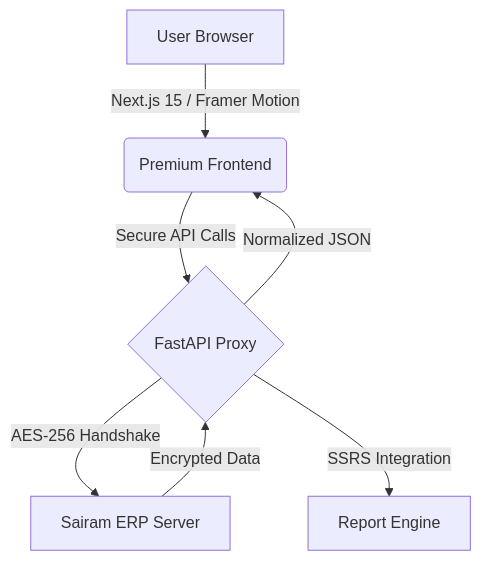
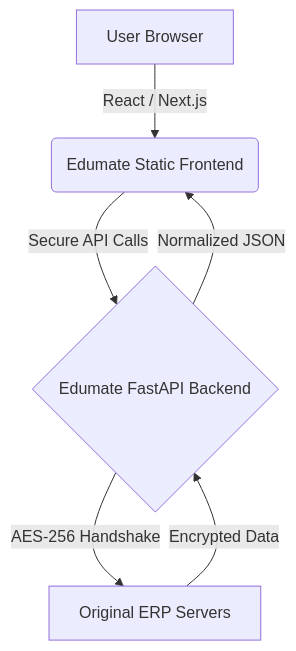
The diagram in README.md (AravindS2006/edumate), drawn with Mermaid before and after one commit. The commit also changed other lines of this file and 2 other files, not shown here.

````diff
--- a/README.md
+++ b/README.md
@@ -27,9 +27,8 @@
 ```mermaid
 graph TD
-    A[User Browser] -- Next.js 15 / Framer Motion --> B(Premium Frontend)
-    B -- Secure API Calls --> C{FastAPI Proxy}
-    C -- AES-256 Handshake --> D[Sairam ERP Server]
-    C -- SSRS Integration --> E[Report Engine]
+    A[User Browser] -- React / Next.js --> B(Edumate Static Frontend)
+    B -- Secure API Calls --> C{Edumate FastAPI Backend}
+    C -- AES-256 Handshake --> D[Original ERP Servers]
     D -- Encrypted Data --> C
     C -- Normalized JSON --> B
 ```
````
